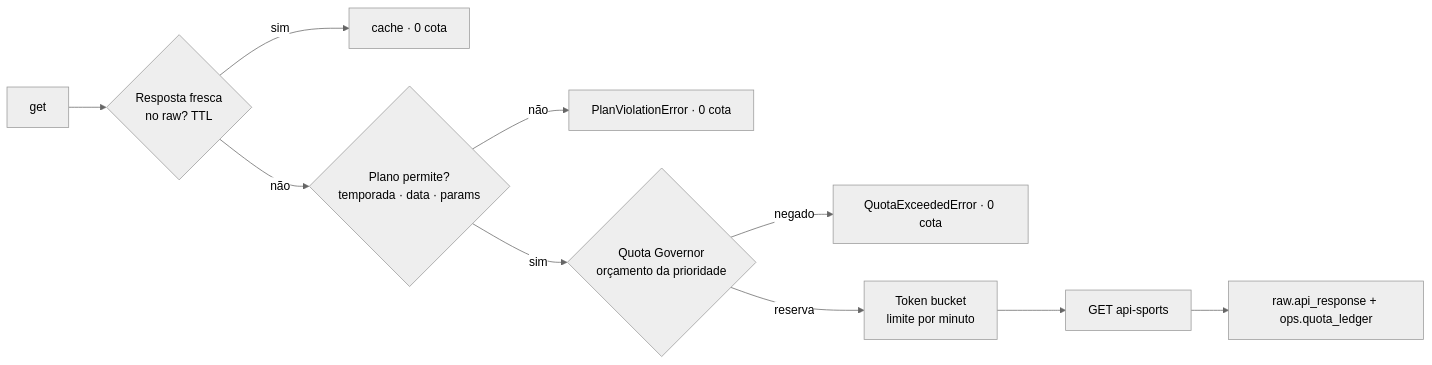
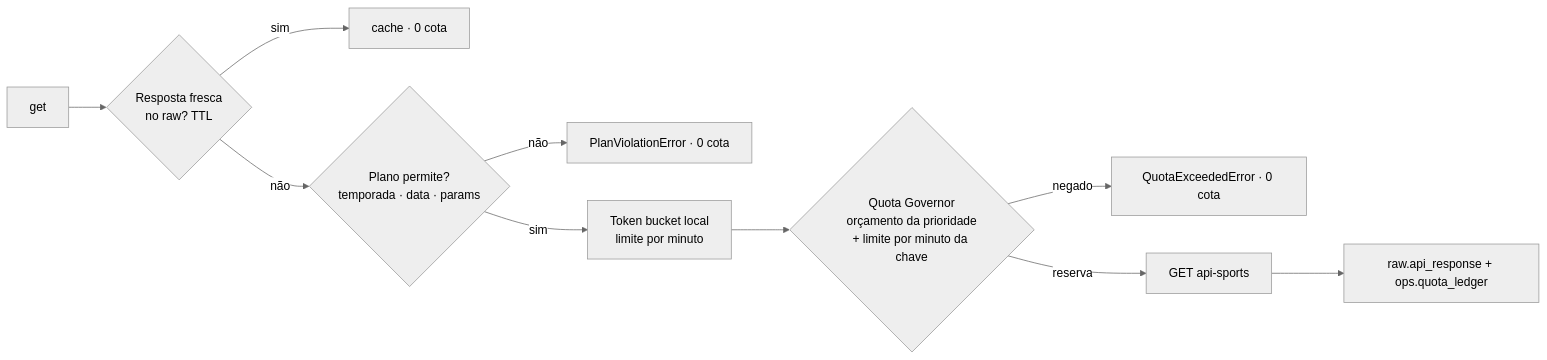
One commit to galaxie-works/galaxie-sports changed the diagram in packages/apisports-client/README.md. Above: the diagram before and after it, drawn with Mermaid (neutral theme). The commit also changed other lines of this file and 17 other files, not shown here.

First line of the commit message:
fix(apisports): limite por minuto entre processos e cota sem travas (#331)

````diff
--- a/packages/apisports-client/README.md
+++ b/packages/apisports-client/README.md
@@ -7,12 +7,12 @@
 ```mermaid
 flowchart LR
   R[get] --> C{Resposta fresca<br/>no raw? TTL}
   C -- sim --> H[cache · 0 cota]
   C -- não --> V{Plano permite?<br/>temporada · data · params}
   V -- não --> X[PlanViolationError · 0 cota]
-  V -- sim --> G{Quota Governor<br/>orçamento da prioridade}
+  V -- sim --> L[Token bucket local<br/>limite por minuto]
+  L --> G{Quota Governor<br/>orçamento da prioridade<br/>+ limite por minuto da chave}
   G -- negado --> Q[QuotaExceededError · 0 cota]
-  G -- reserva --> L[Token bucket<br/>limite por minuto]
-  L --> F[GET api-sports]
+  G -- reserva --> F[GET api-sports]
   F --> S[raw.api_response + ops.quota_ledger]
 ```
````
